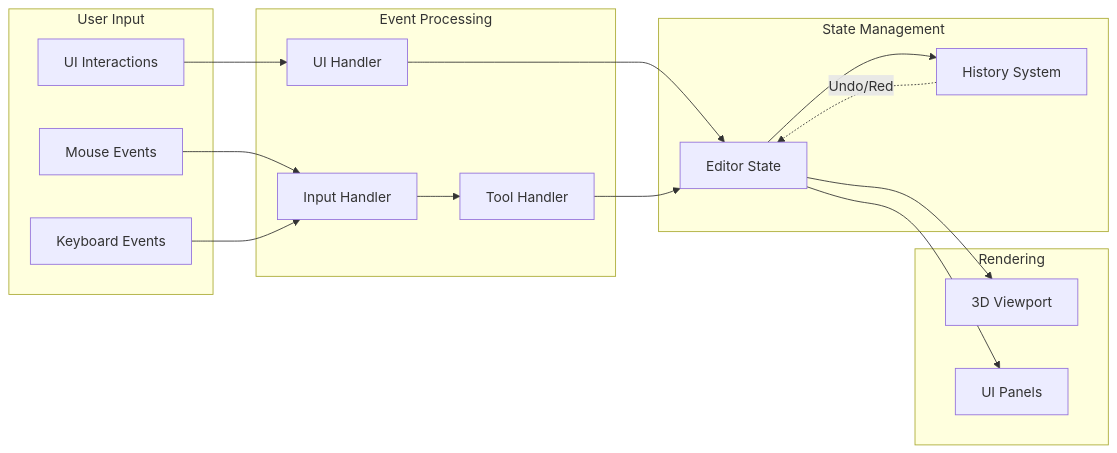
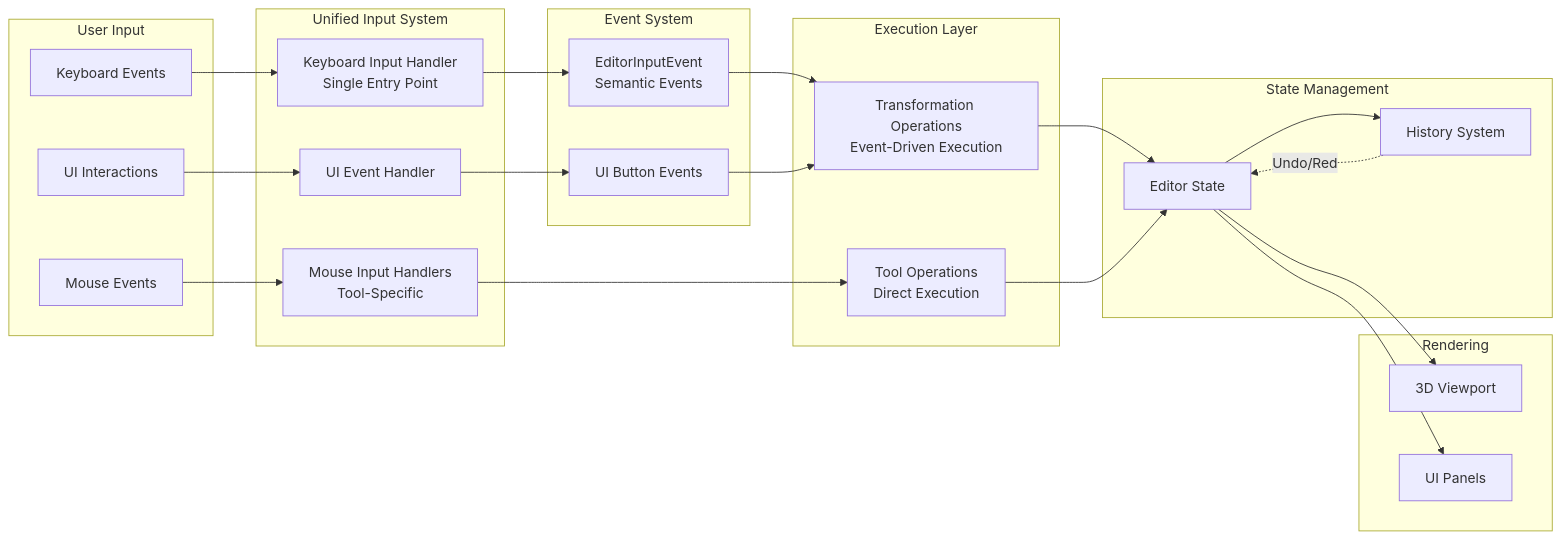
The second of 9 diagrams in docs/developer-guide/systems/map-editor/architecture.md (ctejada85/adrakestory), drawn with Mermaid before and after one commit. The commit also changed other lines of this file and 2 other files, not shown here.

Commit message:
refactor: Update documentation for unified input architecture and cleanup obsolete code

````diff
--- a/docs/developer-guide/systems/map-editor/architecture.md
+++ b/docs/developer-guide/systems/map-editor/architecture.md
@@ -62,38 +62,54 @@
 ```mermaid
 flowchart LR
     subgraph "User Input"
         Mouse[Mouse Events]
         Keyboard[Keyboard Events]
         UI[UI Interactions]
     end
     
-    subgraph "Event Processing"
-        InputHandler[Input Handler]
-        ToolHandler[Tool Handler]
-        UIHandler[UI Handler]
+    subgraph "Unified Input System"
+        KeyboardHandler[Keyboard Input Handler<br/>Single Entry Point]
+        MouseHandlers[Mouse Input Handlers<br/>Tool-Specific]
+        UIHandler[UI Event Handler]
+    end
+    
+    subgraph "Event System"
+        InputEvents[EditorInputEvent<br/>Semantic Events]
+        UIEvents[UI Button Events]
+    end
+    
+    subgraph "Execution Layer"
+        TransformOps[Transformation Operations<br/>Event-Driven Execution]
+        ToolOps[Tool Operations<br/>Direct Execution]
     end
     
     subgraph "State Management"
         EditorState[Editor State]
         History[History System]
     end
     
     subgraph "Rendering"
         Viewport[3D Viewport]
         UIRender[UI Panels]
     end
     
-    Mouse --> InputHandler
-    Keyboard --> InputHandler
+    Keyboard --> KeyboardHandler
+    Mouse --> MouseHandlers
     UI --> UIHandler
     
-    InputHandler --> ToolHandler
-    UIHandler --> EditorState
-    ToolHandler --> EditorState
+    KeyboardHandler --> InputEvents
+    UIHandler --> UIEvents
+    
+    InputEvents --> TransformOps
+    UIEvents --> TransformOps
+    MouseHandlers --> ToolOps
+    
+    TransformOps --> EditorState
+    ToolOps --> EditorState
     
     EditorState --> History
     EditorState --> Viewport
     EditorState --> UIRender
     
     History -.Undo/Redo.-> EditorState
 ```
````
